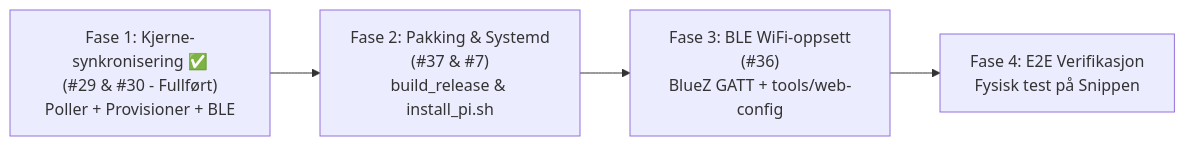
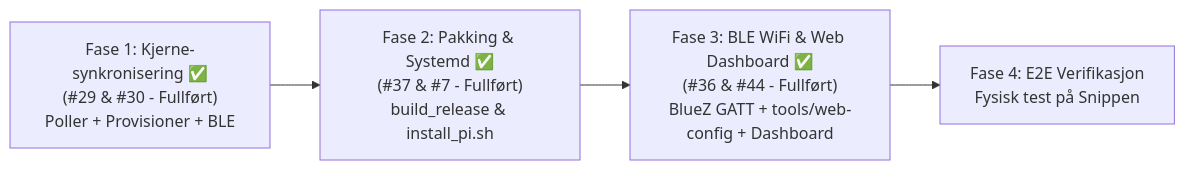
The second of 2 diagrams in docs/production_roadmap.md (jonasfh/snippen-doorman-service), drawn with Mermaid before and after one commit. The commit also changed other lines of this file and 28 other files, not shown here.

Commit message:
(#44, #36) Implementer lokalt administrativt web-dashboard, GPIO-trigger og BLE WiFi-oppsett

````diff
--- a/docs/production_roadmap.md
+++ b/docs/production_roadmap.md
@@ -48,11 +48,11 @@
 ```mermaid
 flowchart LR
     Fase1["Fase 1: Kjerne-synkronisering ✅\n(#29 & #30 - Fullført)\nPoller + Provisioner + BLE"]
-    Fase2["Fase 2: Pakking & Systemd\n(#37 & #7)\nbuild_release & install_pi.sh"]
-    Fase3["Fase 3: BLE WiFi-oppsett\n(#36)\nBlueZ GATT + tools/web-config"]
+    Fase2["Fase 2: Pakking & Systemd ✅\n(#37 & #7 - Fullført)\nbuild_release & install_pi.sh"]
+    Fase3["Fase 3: BLE WiFi & Web Dashboard ✅\n(#36 & #44 - Fullført)\nBlueZ GATT + tools/web-config + Dashboard"]
     Fase4["Fase 4: E2E Verifikasjon\nFysisk test på Snippen"]
 
     Fase1 --> Fase2
     Fase2 --> Fase3
     Fase3 --> Fase4
 ```
````
